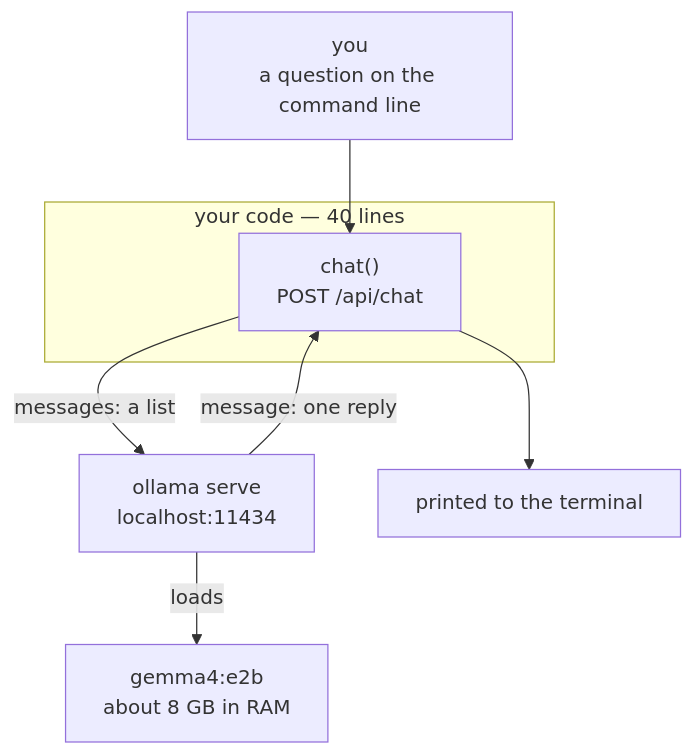
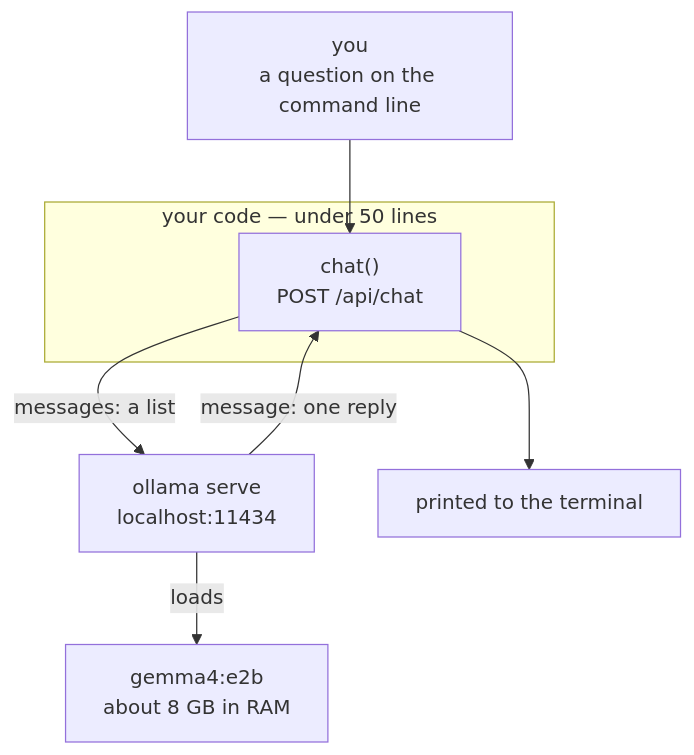
One commit to BaiGanio/ai-agents-1on1 changed the diagram in chapters/01-the-model/README.md. Above: the diagram before and after it, drawn with Mermaid. The commit also changed other lines of this file and 4 other files, not shown here.

````diff
--- a/chapters/01-the-model/README.md
+++ b/chapters/01-the-model/README.md
@@ -48,11 +57,11 @@
 ```mermaid
 flowchart TD
     YOU["you<br/>a question on the command line"] --> APP
-    subgraph app["your code — 40 lines"]
+    subgraph app["your code — under 50 lines"]
         APP["chat()<br/>POST /api/chat"]
     end
     APP -->|"messages: a list"| OLLAMA["ollama serve<br/>localhost:11434"]
     OLLAMA -->|"loads"| M["gemma4:e2b<br/>about 8 GB in RAM"]
     OLLAMA -->|"message: one reply"| APP
     APP --> OUT["printed to the terminal"]
 ```
````
